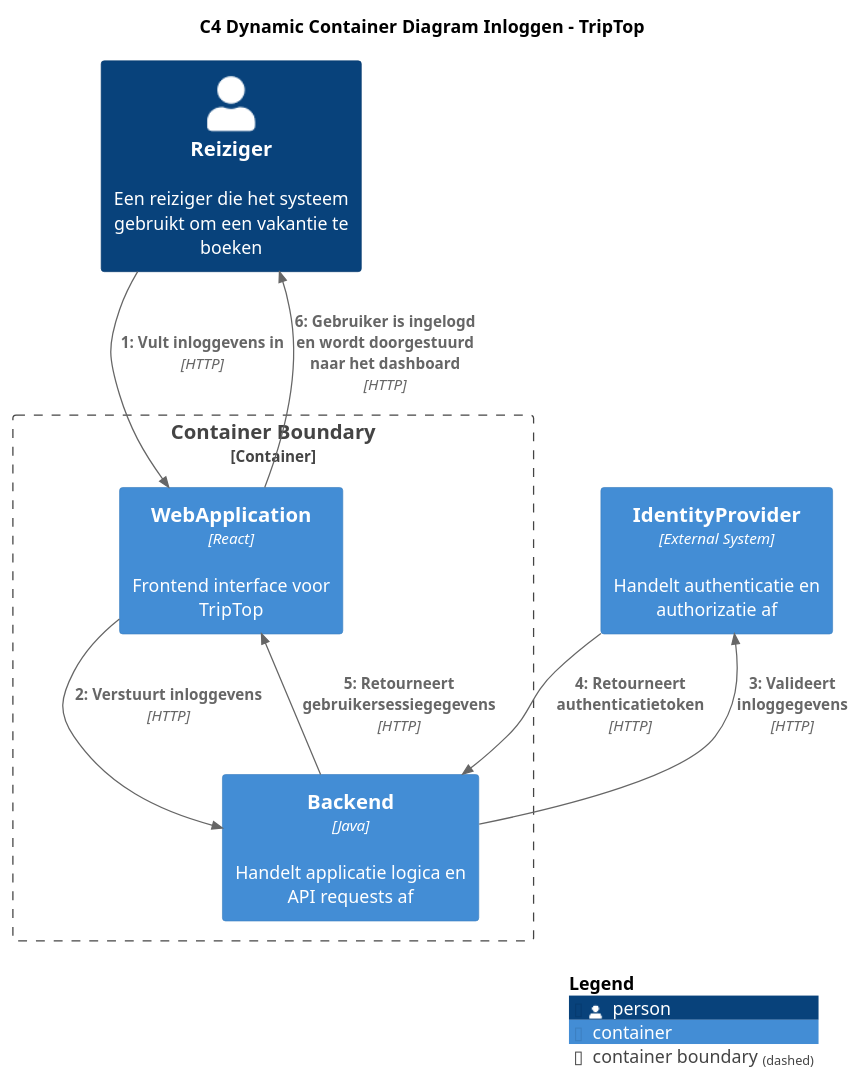
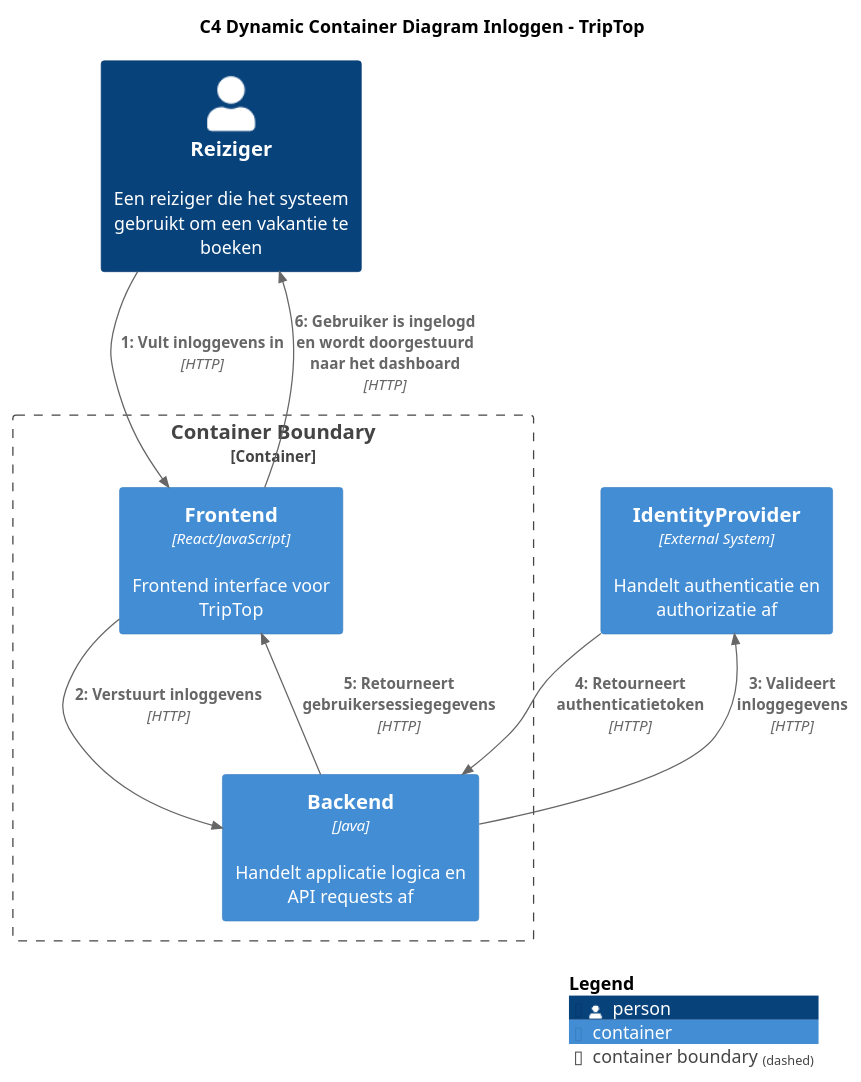
One commit to AIM-ENE-feb25/triptop-groep-b4 changed the diagram in C4_diagrammen/DynamicContainerDiagramLoggingIn.puml. Above: the diagram before and after it, drawn with PlantUML. The commit also changed 13 other files, not shown here.

```diff
--- a/C4_diagrammen/DynamicContainerDiagramLoggingIn.puml
+++ b/C4_diagrammen/DynamicContainerDiagramLoggingIn.puml
@@ -1,22 +1,22 @@
 @startuml
 !include https://raw.githubusercontent.com/plantuml-stdlib/C4-PlantUML/master/C4_Container.puml
 
 title C4 Dynamic Container Diagram Inloggen - TripTop
 
 Person(Reiziger, "Reiziger", "Een reiziger die het systeem gebruikt om een vakantie te boeken")
 
 Container_Boundary(ContainerBoundary, "Container Boundary") {
-    Container(WebApp, "WebApplication", "React", "Frontend interface voor TripTop")
+    Container(Frontend, "Frontend", "React/JavaScript", "Frontend interface voor TripTop")
     Container(Backend, "Backend", "Java", "Handelt applicatie logica en API requests af")
 }
 Container(IdentityProvider, "IdentityProvider", "External System", "Handelt authenticatie en authorizatie af")
 
-Rel(Reiziger, WebApp, "1: Vult inloggevens in", $techn="HTTP", $tags="", $link="")
-Rel(WebApp, Backend, "2: Verstuurt inloggevens", $techn="HTTP", $tags="", $link="")
+Rel(Reiziger, Frontend, "1: Vult inloggevens in", $techn="HTTP", $tags="", $link="")
+Rel(Frontend, Backend, "2: Verstuurt inloggevens", $techn="HTTP", $tags="", $link="")
 Rel(Backend, IdentityProvider, "3: Valideert inloggegevens", $techn="HTTP", $tags="", $link="")
 Rel(IdentityProvider, Backend, "4: Retourneert authenticatietoken", $techn="HTTP", $tags="", $link="")
-Rel(Backend, WebApp, "5: Retourneert gebruikersessiegegevens", $techn="HTTP", $tags="", $link="")
-Rel(WebApp, Reiziger, "6: Gebruiker is ingelogd en wordt doorgestuurd naar het dashboard", $techn="HTTP", $tags="", $link="")
+Rel(Backend, Frontend, "5: Retourneert gebruikersessiegegevens", $techn="HTTP", $tags="", $link="")
+Rel(Frontend, Reiziger, "6: Gebruiker is ingelogd en wordt doorgestuurd naar het dashboard", $techn="HTTP", $tags="", $link="")
 
 SHOW_LEGEND(true)
 @enduml
```
